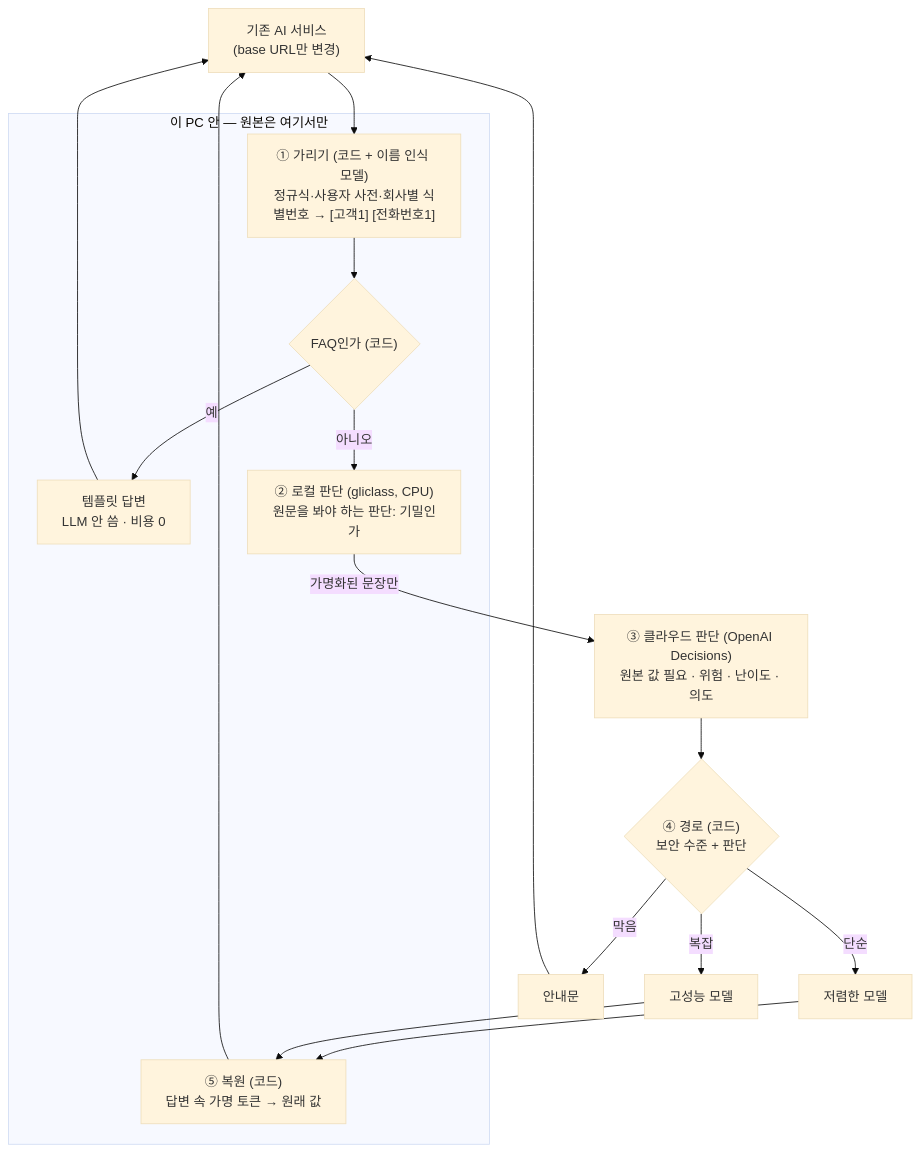
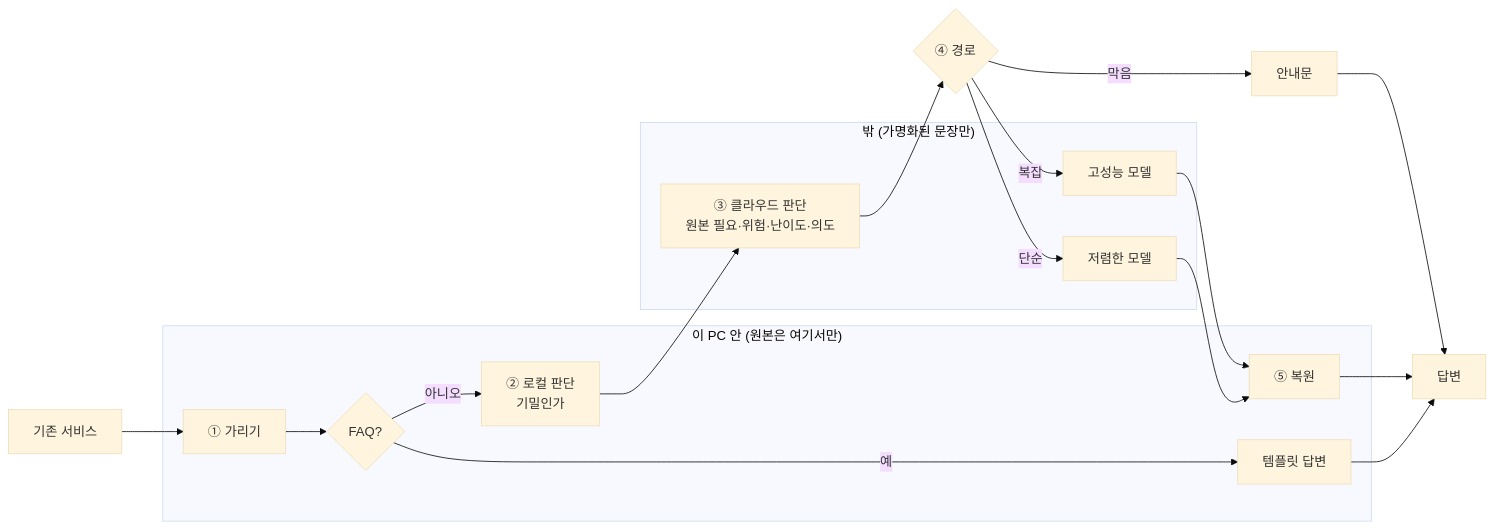
One commit to baesanggue/ai-gateway changed the diagram in README.md. Above: the diagram before and after it, drawn with Mermaid (base theme). The commit also changed other lines of this file, not shown here.

Commit message:
docs(readme): 구조도를 가로로 짧게, 단계별 설명 표 (#79)
GitHub 화면에서 세로로 길어 잘리던 구조도를 가로 흐름과 짧은 이름표로 바꾸고, 자세한 내용은 아래 표로 옮긴다

````diff
--- a/README.md
+++ b/README.md
@@ -71,20 +71,22 @@
 ```mermaid
-flowchart TD
-    A["기존 AI 서비스<br/>(base URL만 변경)"] --> M
-    subgraph PC["이 PC 안 — 원본은 여기서만"]
-        M["① 가리기 (코드 + 이름 인식 모델)<br/>정규식·사용자 사전·회사별 식별번호 → [고객1] [전화번호1]"] --> Q{"FAQ인가 (코드)"}
-        Q -- 예 --> T["템플릿 답변<br/>LLM 안 씀 · 비용 0"]
-        Q -- 아니오 --> L["② 로컬 판단 (gliclass, CPU)<br/>원문을 봐야 하는 판단: 기밀인가"]
-        R["⑤ 복원 (코드)<br/>답변 속 가명 토큰 → 원래 값"]
+flowchart LR
+    A["기존 서비스"] --> M
+    subgraph PC["이 PC 안 (원본은 여기서만)"]
+        M["① 가리기"] --> Q{"FAQ?"}
+        Q -- 예 --> T["템플릿 답변"]
+        Q -- 아니오 --> L["② 로컬 판단<br/>기밀인가"]
+        R["⑤ 복원"]
     end
-    L -- "가명화된 문장만" --> C["③ 클라우드 판단 (OpenAI Decisions)<br/>원본 값 필요 · 위험 · 난이도 · 의도"]
-    C --> P{"④ 경로 (코드)<br/>보안 수준 + 판단"}
+    subgraph OUT["밖 (가명화된 문장만)"]
+        C["③ 클라우드 판단<br/>원본 필요·위험·난이도·의도"]
+        S["저렴한 모델"]
+        H["고성능 모델"]
+    end
+    L --> C --> P{"④ 경로"}
+    P -- 단순 --> S --> R
+    P -- 복잡 --> H --> R
     P -- 막음 --> B["안내문"]
-    P -- 단순 --> S["저렴한 모델"]
-    P -- 복잡 --> H["고성능 모델"]
-    S --> R
-    H --> R
-    R --> A
-    T --> A
-    B --> A
+    R --> Z["답변"]
+    T --> Z
+    B --> Z
 ```
````
